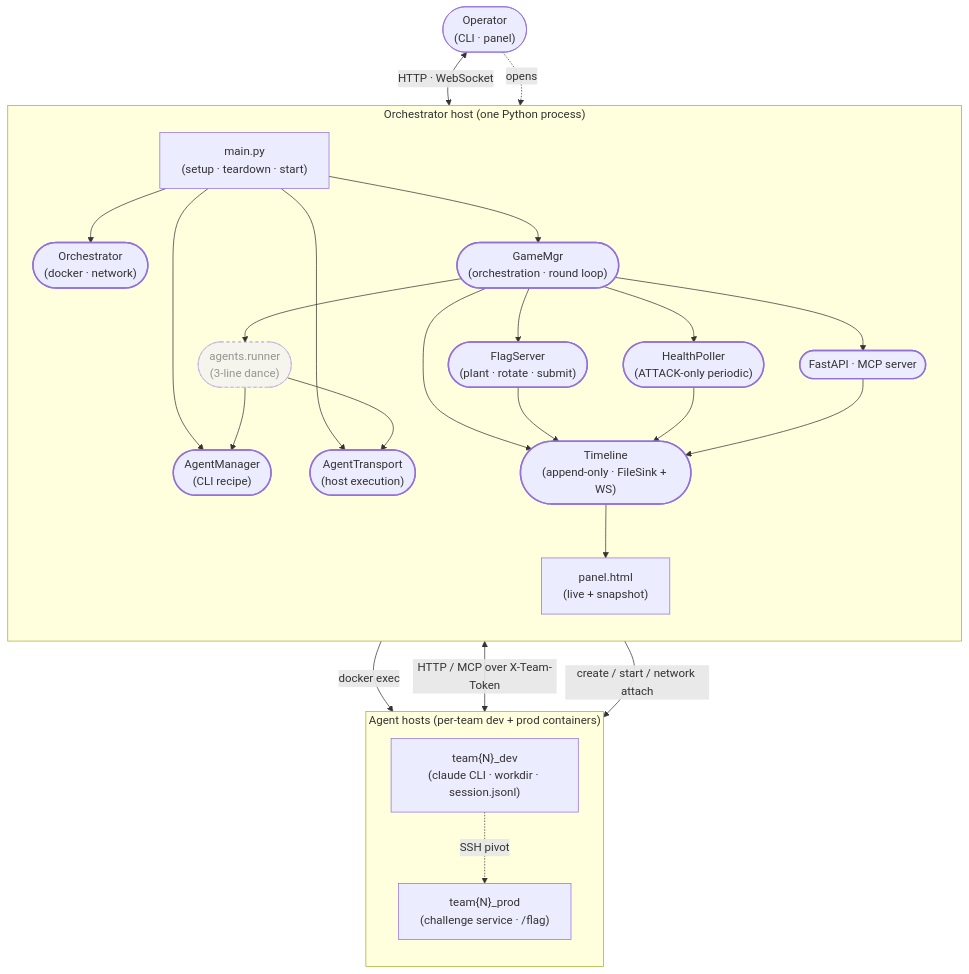
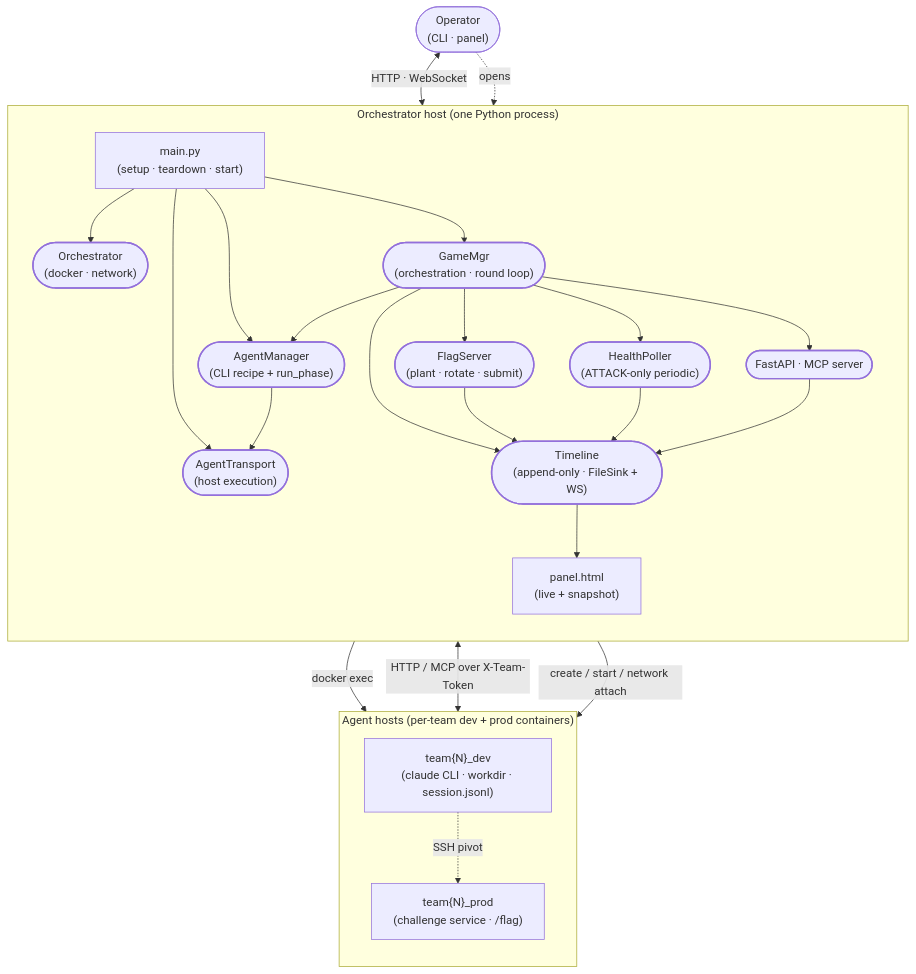
One commit to YueyangPan/CyberArenaOrchestration changed the diagram in docs/UML/overview.md. Above: the diagram before and after it, drawn with Mermaid. The commit also changed other lines of this file and 7 other files, not shown here.

First line of the commit message:
refactor(agents): fold run_phase_via_transport into AgentManager.run_phase

````diff
--- a/docs/UML/overview.md
+++ b/docs/UML/overview.md
@@ -8,51 +8,49 @@
 ```mermaid
 graph TD
   Operator(["Operator<br/>(CLI · panel)"])
 
   subgraph HOST["Orchestrator host (one Python process)"]
     direction TB
     Main["main.py<br/>(setup · teardown · start)"]
     Orch(["Orchestrator<br/>(docker · network)"]):::core
     Game(["GameMgr<br/>(orchestration · round loop)"]):::core
     TL(["Timeline<br/>(append-only · FileSink + WS)"]):::core
     FS(["FlagServer<br/>(plant · rotate · submit)"]):::core
     HP(["HealthPoller<br/>(ATTACK-only periodic)"]):::core
-    Mgr(["AgentManager<br/>(CLI recipe)"]):::core
+    Mgr(["AgentManager<br/>(CLI recipe + run_phase)"]):::core
     Tx(["AgentTransport<br/>(host execution)"]):::core
-    Runner(["agents.runner<br/>(3-line dance)"]):::glue
     API(["FastAPI · MCP server"]):::core
     Panel["panel.html<br/>(live + snapshot)"]
 
     Main --> Orch
     Main --> Game
     Main --> Mgr
     Main --> Tx
     Game --> TL
     Game --> FS
     Game --> HP
     FS --> TL
     HP --> TL
     TL --> Panel
-    Game --> Runner
-    Runner --> Mgr
-    Runner --> Tx
+    Game --> Mgr
+    Mgr --> Tx
     Game --> API
     API --> TL
   end
 
   subgraph CONTAINERS["Agent hosts (per-team dev + prod containers)"]
     direction TB
     Dev["team{N}_dev<br/>(claude CLI · workdir · session.jsonl)"]
     Prod["team{N}_prod<br/>(challenge service · /flag)"]
     Dev -. SSH pivot .-> Prod
   end
 
   Orch -->|create / start / network attach| CONTAINERS
   Tx -->|docker exec| Dev
   API <-->|HTTP / MCP over X-Team-Token| Dev
   Operator <-->|HTTP · WebSocket| API
   Operator -. opens .-> Panel
 
 classDef core stroke-width:2px
 classDef glue stroke-dasharray:4 4,opacity:0.7
 ```
````
